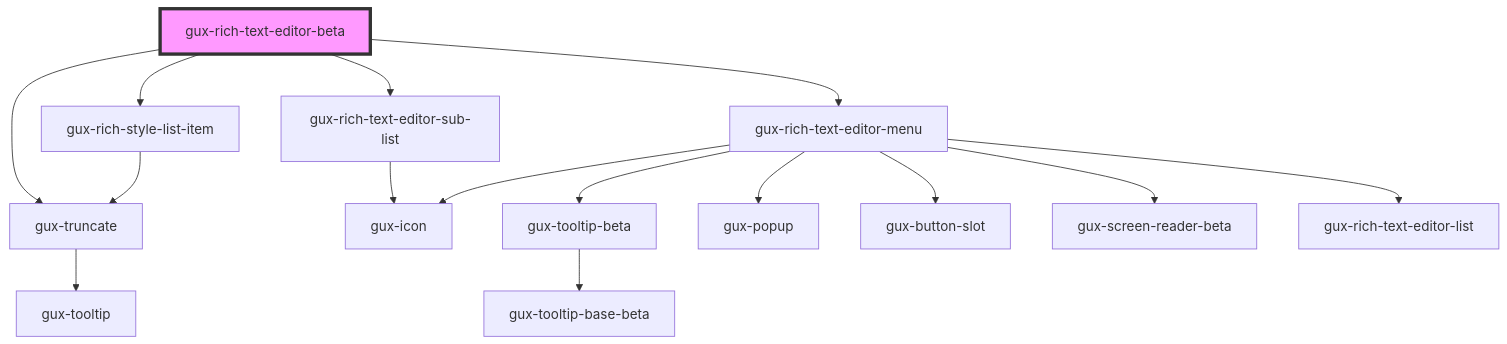
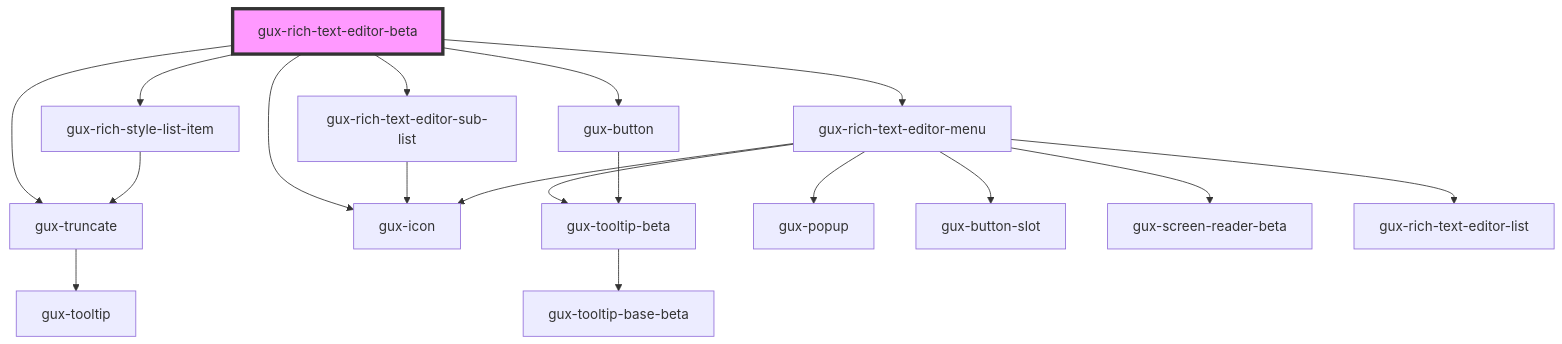
Before and after one commit to MyPureCloud/genesys-spark: the diagram in packages/genesys-spark-components/src/components/beta/gux-rich-text-editor/readme.md, drawn with Mermaid. The commit also changed other lines of this file and 3 other files, not shown here.

First line of the commit message:
perf(rich-text-editor-beta): update event

````diff
--- a/packages/genesys-spark-components/src/components/beta/gux-rich-text-editor/readme.md
+++ b/packages/genesys-spark-components/src/components/beta/gux-rich-text-editor/readme.md
@@ -45,18 +48,21 @@
 ```mermaid
 graph TD;
   gux-rich-text-editor-beta --> gux-rich-style-list-item
   gux-rich-text-editor-beta --> gux-rich-text-editor-sub-list
   gux-rich-text-editor-beta --> gux-truncate
   gux-rich-text-editor-beta --> gux-rich-text-editor-menu
+  gux-rich-text-editor-beta --> gux-button
+  gux-rich-text-editor-beta --> gux-icon
   gux-rich-style-list-item --> gux-truncate
   gux-truncate --> gux-tooltip
   gux-rich-text-editor-sub-list --> gux-icon
   gux-rich-text-editor-menu --> gux-tooltip-beta
   gux-rich-text-editor-menu --> gux-popup
   gux-rich-text-editor-menu --> gux-button-slot
   gux-rich-text-editor-menu --> gux-icon
   gux-rich-text-editor-menu --> gux-screen-reader-beta
   gux-rich-text-editor-menu --> gux-rich-text-editor-list
   gux-tooltip-beta --> gux-tooltip-base-beta
+  gux-button --> gux-tooltip-beta
   style gux-rich-text-editor-beta fill:#f9f,stroke:#333,stroke-width:4px
 ```
````
